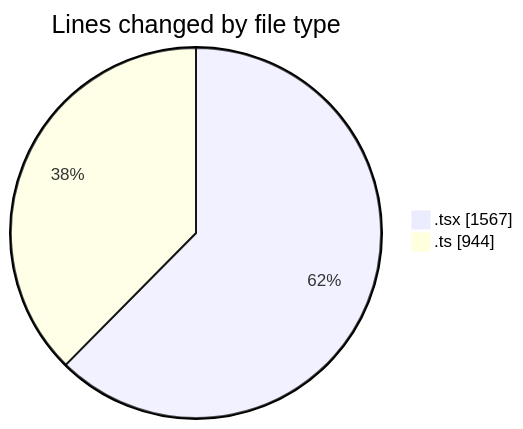
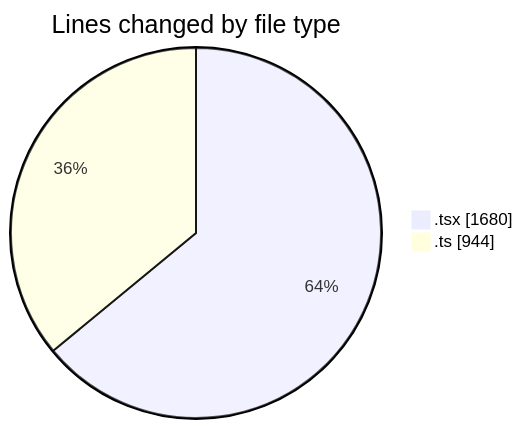
The first of 2 diagrams in 2025-10-15/eventscop-frontend-guide__workspace_/README.md (julien-gomy/code-tracking), drawn with Mermaid before and after one commit. The commit also changed other lines of this file and 1 other file, not shown here.

````diff
--- a/2025-10-15/eventscop-frontend-guide__workspace_/README.md
+++ b/2025-10-15/eventscop-frontend-guide__workspace_/README.md
@@ -33,6 +33,6 @@
 ```mermaid
 pie showData
 title Lines changed by file type
-".tsx" : 1567
+".tsx" : 1680
 ".ts" : 944
 ```
````
